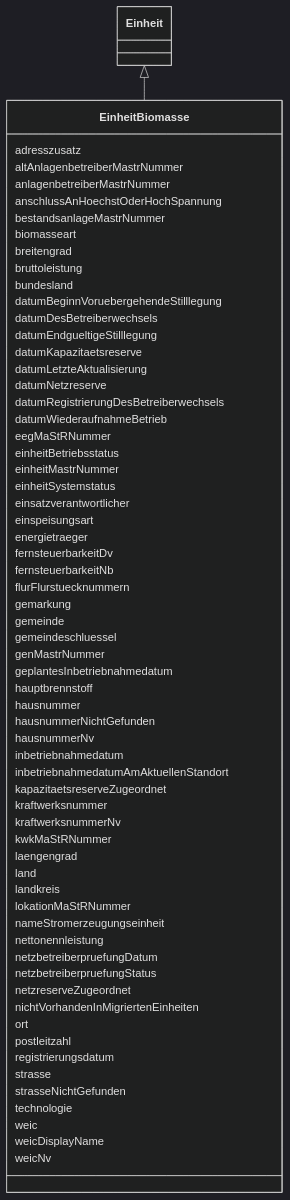
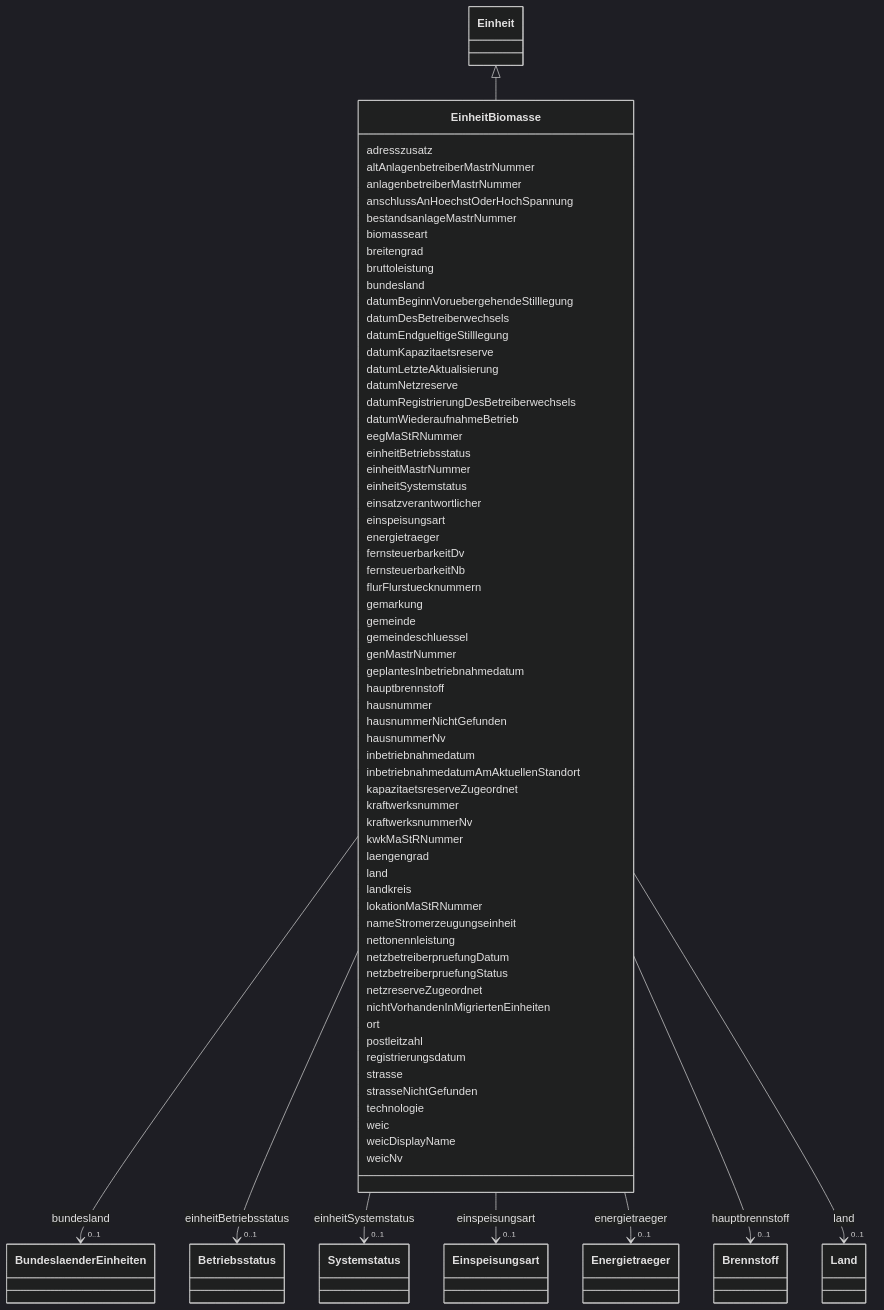
Before and after one commit to FlorianK13/mastr-model: the diagram in docs/schema/classes/EinheitBiomasse.md, drawn with Mermaid (dark theme). The commit also changed other lines of this file and 86 other files, not shown here.

```diff
--- a/docs/schema/classes/EinheitBiomasse.md
+++ b/docs/schema/classes/EinheitBiomasse.md
@@ -40,6 +40,15 @@
         
       EinheitBiomasse : bundesland
         
+          
+    
+        
+        
+        EinheitBiomasse --> "0..1" BundeslaenderEinheiten : bundesland
+        click BundeslaenderEinheiten href "../../enums/BundeslaenderEinheiten/"
+    
+
+        
       EinheitBiomasse : datumBeginnVoruebergehendeStilllegung
         
       EinheitBiomasse : datumDesBetreiberwechsels
@@ -60,15 +69,51 @@
         
       EinheitBiomasse : einheitBetriebsstatus
         
+          
+    
+        
+        
+        EinheitBiomasse --> "0..1" Betriebsstatus : einheitBetriebsstatus
+        click Betriebsstatus href "../../enums/Betriebsstatus/"
+    
+
+        
       EinheitBiomasse : einheitMastrNummer
         
       EinheitBiomasse : einheitSystemstatus
+        
+          
+    
+        
+        
+        EinheitBiomasse --> "0..1" Systemstatus : einheitSystemstatus
+        click Systemstatus href "../../enums/Systemstatus/"
+    
+
         
       EinheitBiomasse : einsatzverantwortlicher
         
       EinheitBiomasse : einspeisungsart
         
+          
+    
+        
+        
+        EinheitBiomasse --> "0..1" Einspeisungsart : einspeisungsart
+        click Einspeisungsart href "../../enums/Einspeisungsart/"
+    
+
+        
       EinheitBiomasse : energietraeger
+        
+          
+    
+        
+        
+        EinheitBiomasse --> "0..1" Energietraeger : energietraeger
+        click Energietraeger href "../../enums/Energietraeger/"
+    
+
         
       EinheitBiomasse : fernsteuerbarkeitDv
         
@@ -87,6 +132,15 @@
       EinheitBiomasse : geplantesInbetriebnahmedatum
         
       EinheitBiomasse : hauptbrennstoff
+        
+          
+    
+        
+        
+        EinheitBiomasse --> "0..1" Brennstoff : hauptbrennstoff
+        click Brennstoff href "../../enums/Brennstoff/"
+    
+
         
       EinheitBiomasse : hausnummer
         
@@ -109,6 +163,15 @@
       EinheitBiomasse : laengengrad
         
       EinheitBiomasse : land
+        
+          
+    
+        
+        
+        EinheitBiomasse --> "0..1" Land : land
+        click Land href "../../enums/Land/"
+    
+
         
       EinheitBiomasse : landkreis
         
```
